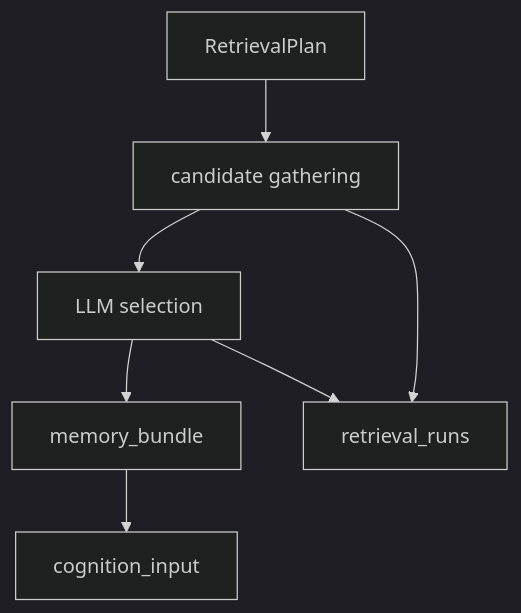
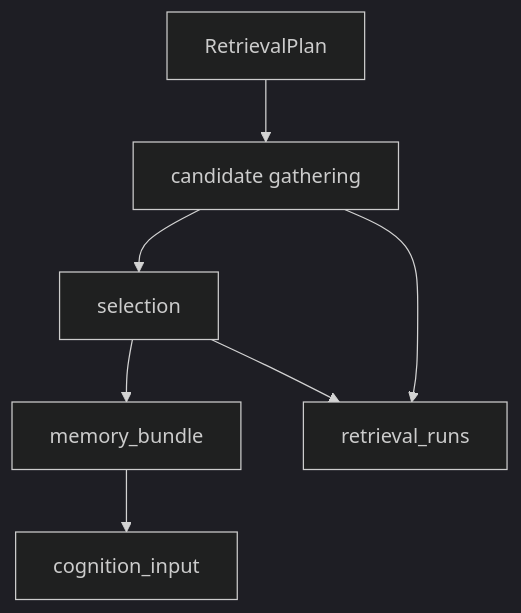
One commit to hirona98/OtomeKairo changed the second of 3 diagrams in docs/32_記憶設計.md. Above: the diagram before and after it, drawn with Mermaid (dark theme). The commit also changed other lines of this file and 10 other files, not shown here.

````diff
--- a/docs/32_記憶設計.md
+++ b/docs/32_記憶設計.md
@@ -313,9 +313,9 @@
 ```mermaid
 flowchart TD
     plan["RetrievalPlan"] --> gather["candidate gathering"]
-    gather --> select["LLM selection"]
+    gather --> select["selection"]
     select --> bundle["memory_bundle"]
     gather --> trace["retrieval_runs"]
     select --> trace
     bundle --> cognition["cognition_input"]
 ```
````
